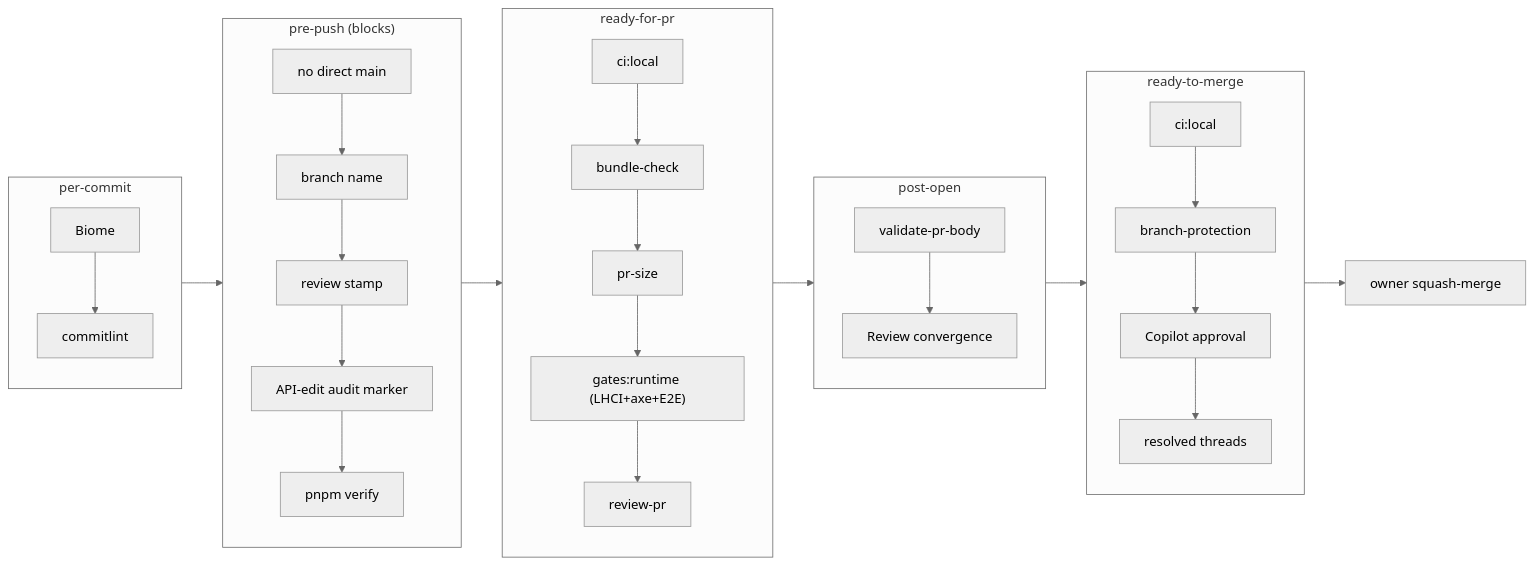
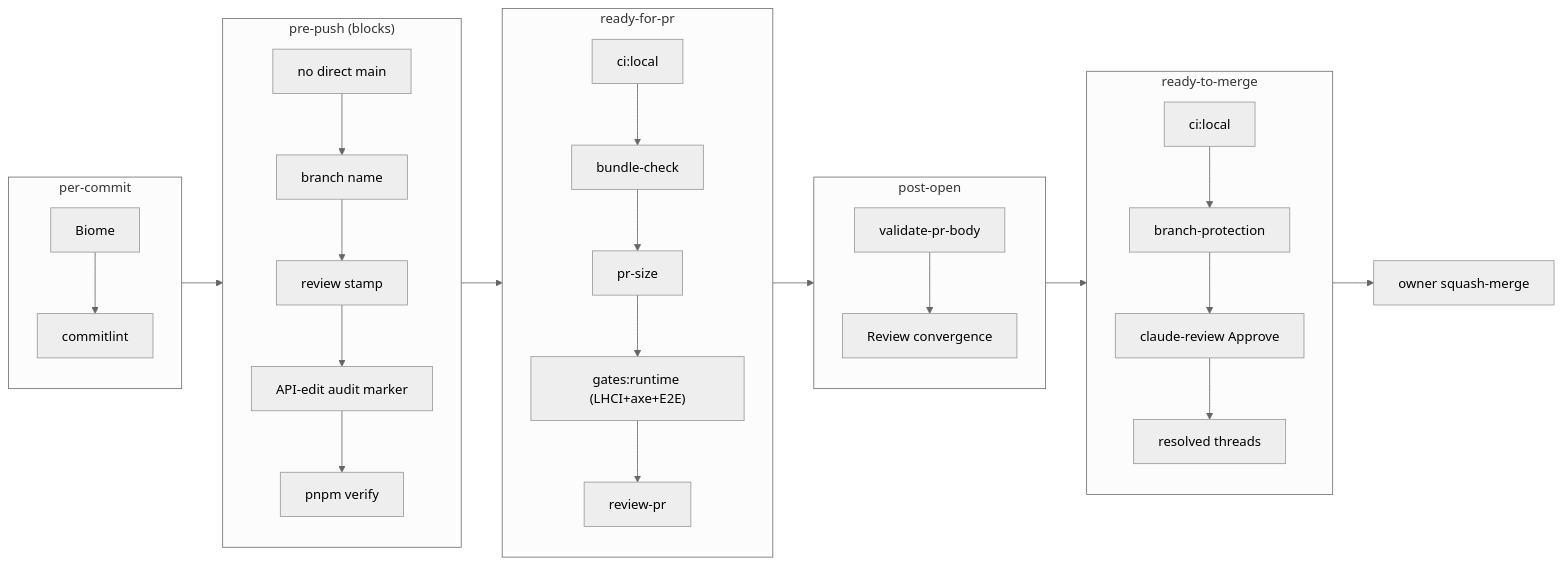
The second of 2 diagrams in docs/handbook/development-lifecycle.md (erikunha/portfolio), drawn with Mermaid (neutral theme) before and after one commit. The commit also changed other lines of this file and 26 other files, not shown here.

First line of the commit message:
feat(review): claude-review-only gate + purge Copilot from tooling/docs (#155)

````diff
--- a/docs/handbook/development-lifecycle.md
+++ b/docs/handbook/development-lifecycle.md
@@ -69,19 +69,19 @@
 ```mermaid
 flowchart LR
     subgraph commit["per-commit"]
         g1["Biome"] --> g2["commitlint"]
     end
     subgraph prepush["pre-push (blocks)"]
         g3["no direct main"] --> g4["branch name"] --> g5["review stamp"] --> g6["API-edit audit marker"] --> g7["pnpm verify"]
     end
     subgraph prepr["ready-for-pr"]
         g8["ci:local"] --> g9["bundle-check"] --> g10["pr-size"] --> g11["gates:runtime (LHCI+axe+E2E)"] --> g12["review-pr"]
     end
     subgraph open["post-open"]
         g13["validate-pr-body"] --> g14["Review convergence"]
     end
     subgraph premerge["ready-to-merge"]
-        g15["ci:local"] --> g16["branch-protection"] --> g17["Copilot approval"] --> g18["resolved threads"]
+        g15["ci:local"] --> g16["branch-protection"] --> g17["claude-review Approve"] --> g18["resolved threads"]
     end
     commit --> prepush --> prepr --> open --> premerge --> merge["owner squash-merge"]
 ```
````
